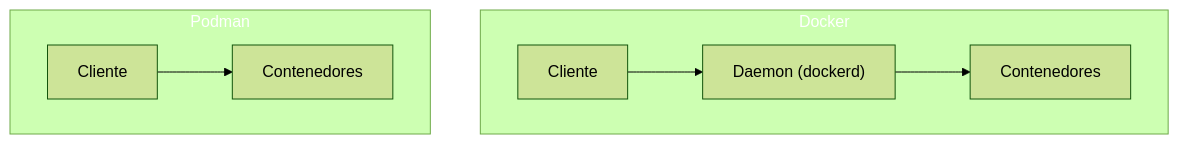
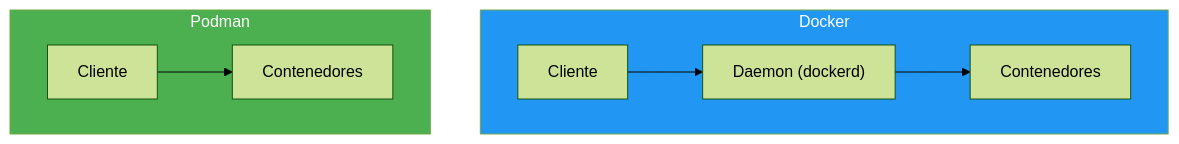
The second of 2 diagrams in 10-pruebas-despliegue.md (joseluisgs/DesarrolloWebEntornosServidor-02-2026-2027), drawn with Mermaid (forest theme) before and after one commit. The commit also changed other lines of this file and 29 other files, not shown here.

Commit message:
docs: corregir estilos Mermaid y estilo, quitar referencias a la Tienda y reestructurar los retos 13 y 15

````diff
--- a/10-pruebas-despliegue.md
+++ b/10-pruebas-despliegue.md
@@ -400,14 +400,14 @@
 ```mermaid
 flowchart TD
     subgraph DOCKER["Docker"]
         D1["Cliente"] --> D2["Daemon (dockerd)"]
         D2 --> D3["Contenedores"]
     end
 
     subgraph PODMAN["Podman"]
         P1["Cliente"] --> P3["Contenedores"]
     end
 
-    style DOCKER fill:#2196F,color:#fff3,color:#fff
-    style PODMAN fill:#4CAF5,color:#fff0,color:#fff
+    style DOCKER fill:#2196F3,color:#fff
+    style PODMAN fill:#4CAF50,color:#fff
 ```
````
